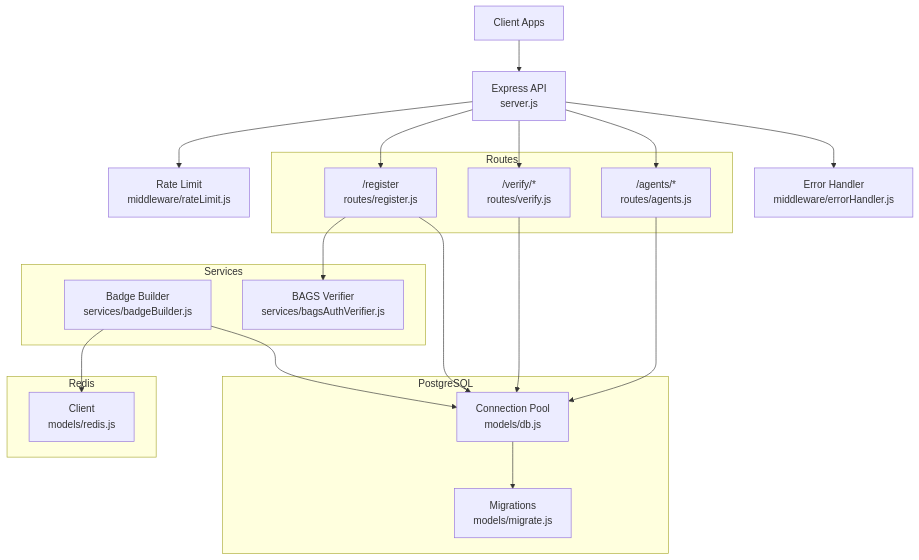
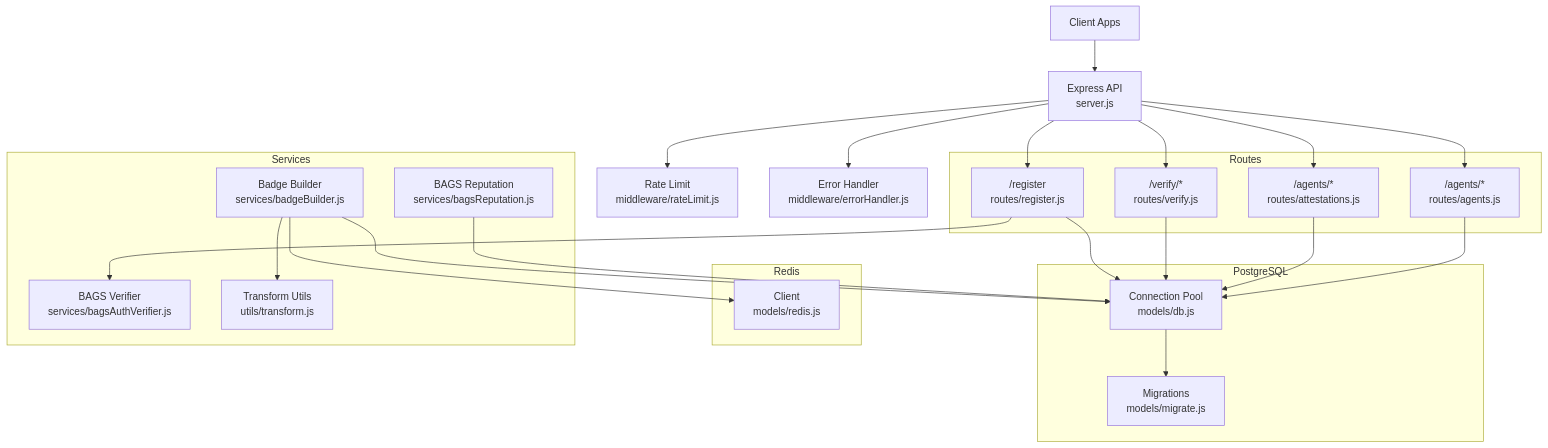
One commit to RunTimeAdmin/AgentID changed the third of 9 diagrams in .qoder/repowiki/en/content/Database Design/Database Design.md. Above: the diagram before and after it, drawn with Mermaid. The commit also changed other lines of this file and 31 other files, not shown here.

````diff
--- a/.qoder/repowiki/en/content/Database Design/Database Design.md
+++ b/.qoder/repowiki/en/content/Database Design/Database Design.md
@@ -246,36 +277,43 @@
 ```mermaid
 graph TB
 Client["Client Apps"]
 API["Express API<br/>server.js"]
 RL["Rate Limit<br/>middleware/rateLimit.js"]
 EH["Error Handler<br/>middleware/errorHandler.js"]
 subgraph "PostgreSQL"
 Pool["Connection Pool<br/>models/db.js"]
 Mig["Migrations<br/>models/migrate.js"]
 end
 subgraph "Redis"
 RC["Client<br/>models/redis.js"]
 end
 subgraph "Services"
 BB["Badge Builder<br/>services/badgeBuilder.js"]
 BAV["BAGS Verifier<br/>services/bagsAuthVerifier.js"]
+BR["BAGS Reputation<br/>services/bagsReputation.js"]
+UT["Transform Utils<br/>utils/transform.js"]
 end
 subgraph "Routes"
 REG["/register<br/>routes/register.js"]
 VER["/verify/*<br/>routes/verify.js"]
+ATT["/agents/*<br/>routes/attestations.js"]
 AGE["/agents/*<br/>routes/agents.js"]
 end
 Client --> API
 API --> RL
 API --> REG
 API --> VER
+API --> ATT
 API --> AGE
 REG --> BAV
 REG --> Pool
 VER --> Pool
+ATT --> Pool
 AGE --> Pool
 BB --> RC
 BB --> Pool
+BB --> UT
+BR --> Pool
 API --> EH
 Pool --> Mig
 ```
````
